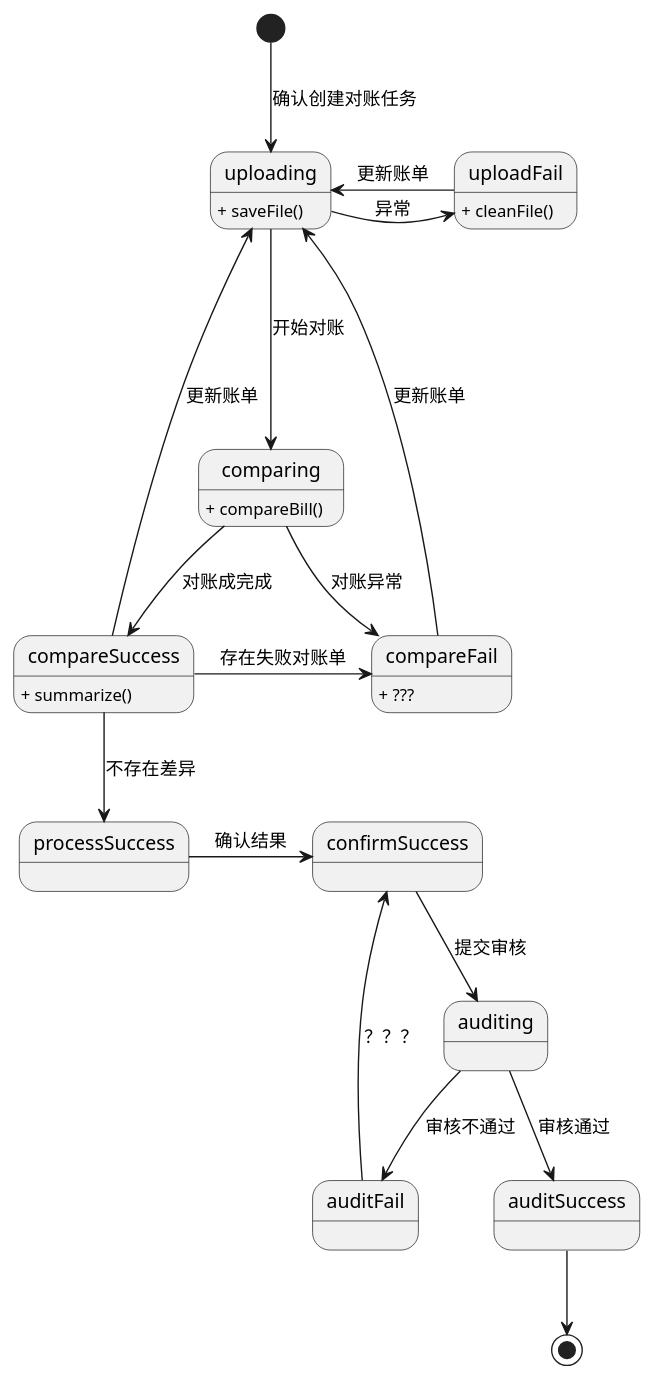
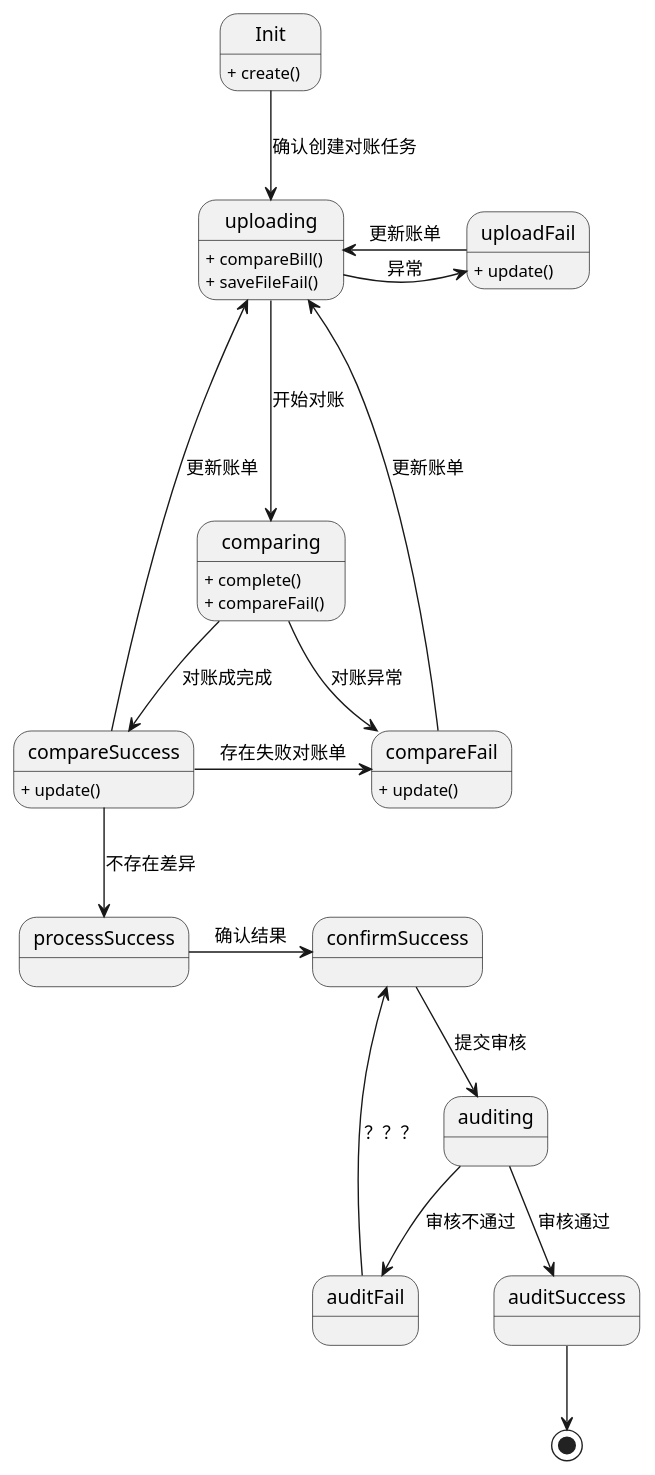
Before and after one commit to eblank/spring-boot-demo: the diagram in doc/TaskState.puml, drawn with PlantUML. The commit also changed 10 other files, not shown here.

```diff
--- a/doc/TaskState.puml
+++ b/doc/TaskState.puml
@@ -1,25 +1,28 @@
 @startuml
 'scale 350 width
-[*] --> uploading: 确认创建对账任务
+Init --> uploading: 确认创建对账任务
+Init: + create()
 uploading ---> comparing: 开始对账
-uploading: + saveFile()
+uploading: + compareBill()
+uploading: + saveFileFail()
 
 uploading -> uploadFail: 异常
 uploadFail -> uploading: 更新账单
-uploadFail: + cleanFile()
+uploadFail: + update()
 compareFail -> uploading: 更新账单
-compareFail: + ???
+compareFail: + update()
 comparing --> compareSuccess: 对账成完成
-comparing: + compareBill()
+comparing: + complete()
+comparing: + compareFail()
 comparing -> compareFail: 对账异常
 compareSuccess -> uploading: 更新账单
-compareSuccess: + summarize()
+compareSuccess: + update()
 compareSuccess -> compareFail: 存在失败对账单
 compareSuccess --> processSuccess: 不存在差异
 processSuccess -> confirmSuccess: 确认结果
 confirmSuccess --> auditing: 提交审核
 auditing --> auditFail: 审核不通过
 auditing --> auditSuccess: 审核通过
 auditFail -> confirmSuccess : ？？？
 auditSuccess --> [*]
 @enduml
```
